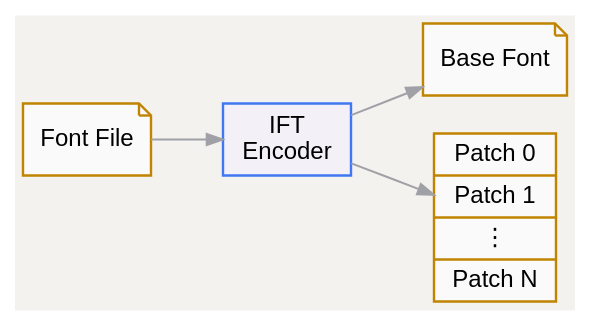
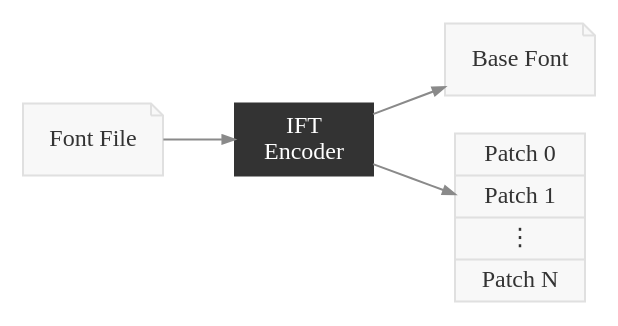
The first of 2 diagrams in content/post/2026/04/11/fonts-q1.org (wmedrano/wmedrano.dev), drawn with Graphviz before and after one commit. The commit also changed other lines of this file and 38 other files, not shown here.

```diff
--- a/content/post/2026/04/11/fonts-q1.org
+++ b/content/post/2026/04/11/fonts-q1.org
@@ -180,17 +180,18 @@
 #+BEGIN_SRC dot :file ift-encoder.svg :exports results
 digraph IFT {
   rankdir=LR;
-  bgcolor="#f4f2ef";
-  node [fontname="sans-serif", fontsize=12, style="filled", penwidth=1.2];
-  edge [color="#a0a1a7", arrowsize=0.8];
+  bgcolor="white";
+  // Diagram house style: nodes look like code blocks; the active node is solid ink.
+  node [fontname="Spectral, Georgia, serif", fontsize=12, fontcolor="#333333", style=filled, fillcolor="#f8f8f8", color="#e0e0e0", penwidth=1, margin="0.14,0.06"];
+  edge [color="#8a8a8a", arrowsize=0.6];
 
-  font    [label="Font File", shape=note, fillcolor="#fafafa", color="#c18401"];
-  encoder [label="IFT\nEncoder", shape=box, style="filled", fillcolor="#f3f0f7", color="#4078f2"];
-  base    [label="Base Font", shape=note, fillcolor="#fafafa", color="#c18401"];
-  patches [label="Patch 0|Patch 1|⋮|Patch N", shape=record, fillcolor="#fafafa", color="#c18401"];
+  font    [label="Font File", shape=note];
+  encoder [label="IFT\nEncoder", shape=box, style=filled, fillcolor="#333333", color="#333333", fontcolor="white"];
+  base    [label="Base Font", shape=note];
+  patches [label="Patch 0|Patch 1|⋮|Patch N", shape=record];
 
   font -> encoder;
   encoder -> base;
   encoder -> patches;
 }
 #+END_SRC
```
